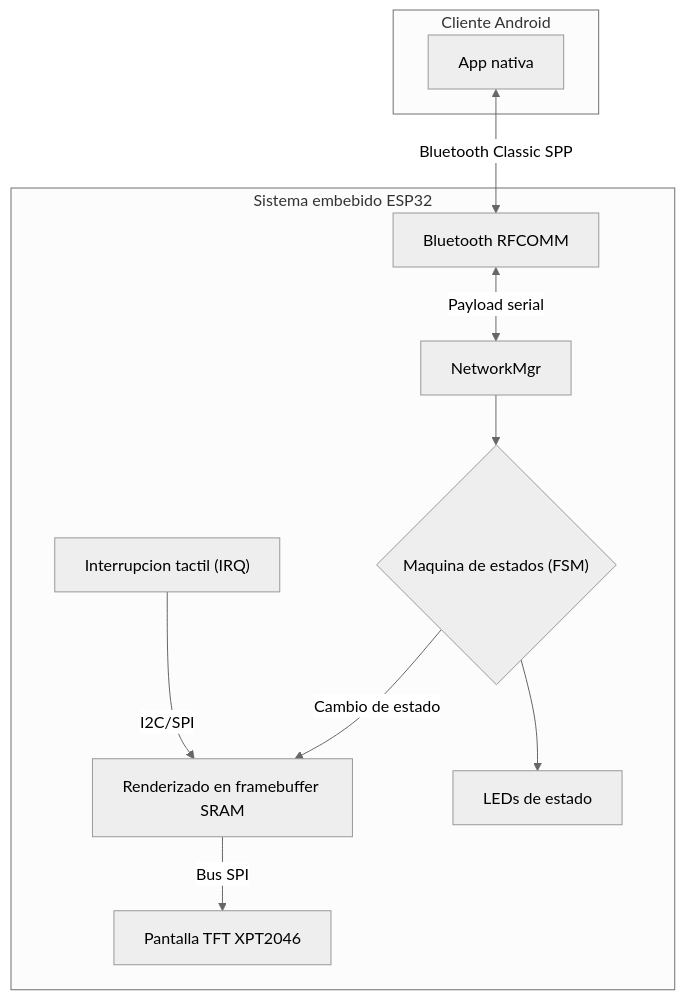
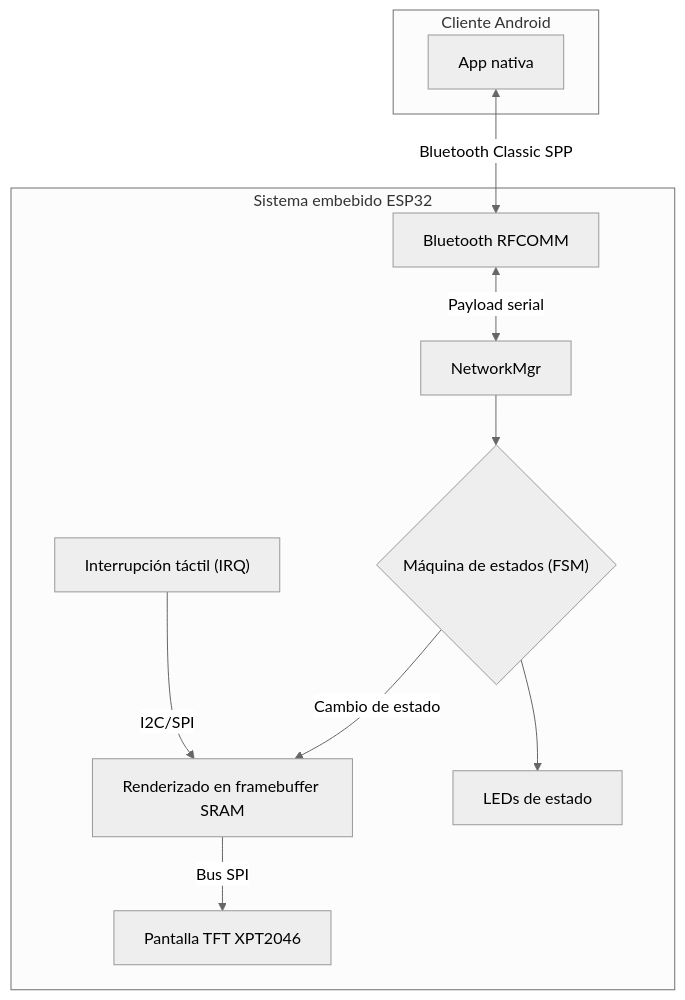
The diagram in README.md (coder98944/portfolio-tamagotchi-esp32), drawn with Mermaid (neutral theme) before and after one commit. The commit also changed other lines of this file, not shown here.

````diff
--- a/README.md
+++ b/README.md
@@ -26,15 +26,15 @@
 ```mermaid
 graph TD
     subgraph ESP32["Sistema embebido ESP32"]
         A["Bluetooth RFCOMM"] <-->|"Payload serial"| B["NetworkMgr"]
-        B --> C{"Maquina de estados (FSM)"}
+        B --> C{"Máquina de estados (FSM)"}
         C -->|"Cambio de estado"| D["Renderizado en framebuffer SRAM"]
         D -->|"Bus SPI"| E["Pantalla TFT XPT2046"]
-        F["Interrupcion tactil (IRQ)"] -->|"I2C/SPI"| D
+        F["Interrupción táctil (IRQ)"] -->|"I2C/SPI"| D
         C --> G["LEDs de estado"]
     end
 
     subgraph Android["Cliente Android"]
         H["App nativa"] <-->|"Bluetooth Classic SPP"| A
     end
 ```
````
